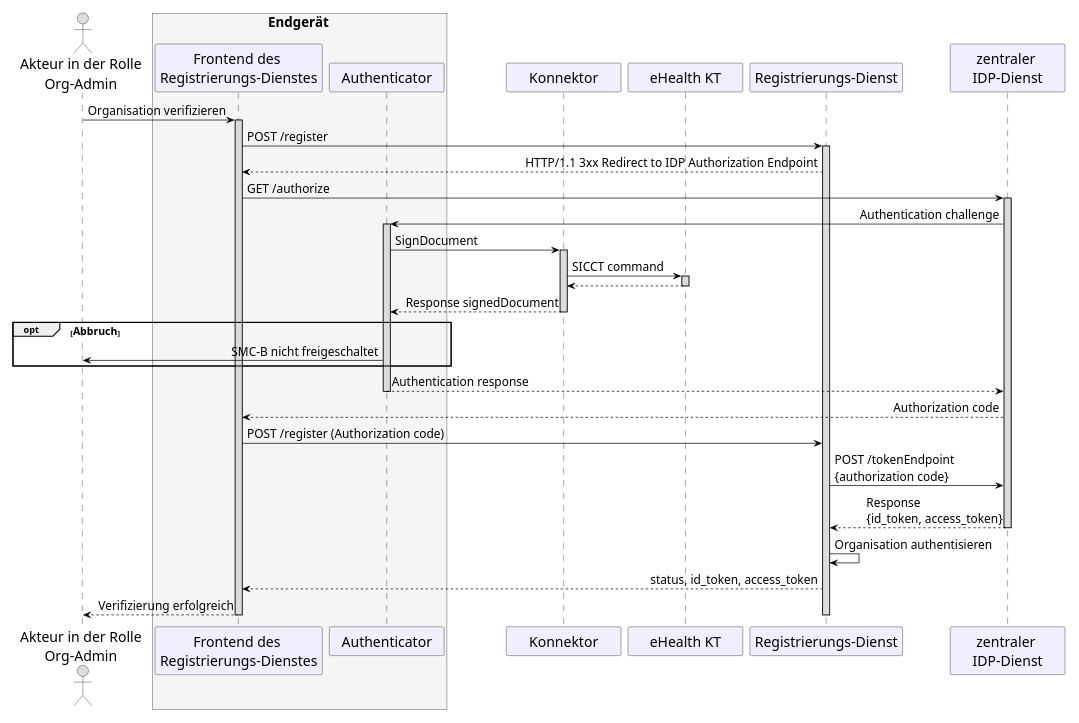
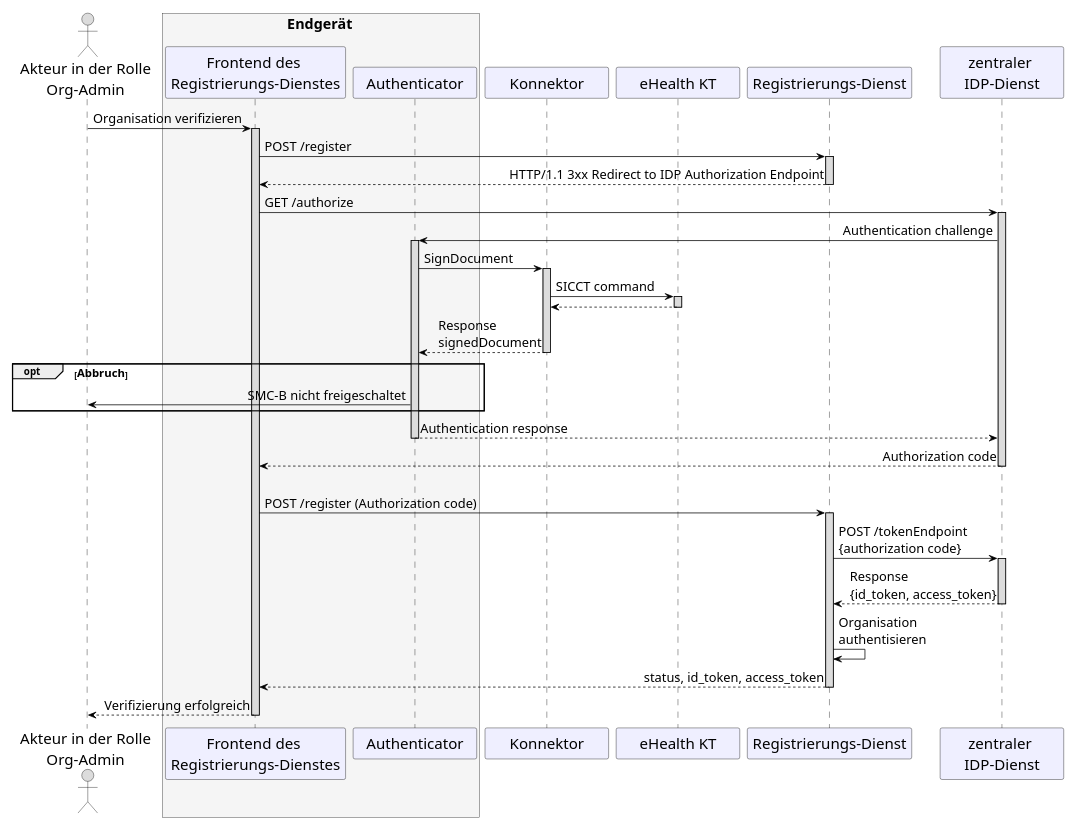
Before and after one commit to gematik/api-ti-messenger: the diagram in src/plantuml/TI-Messenger-Dienst/Ressourcen/UC_10103_Seq.puml, drawn with PlantUML.

```diff
--- a/src/plantuml/TI-Messenger-Dienst/Ressourcen/UC_10103_Seq.puml
+++ b/src/plantuml/TI-Messenger-Dienst/Ressourcen/UC_10103_Seq.puml
@@ -9,74 +9,79 @@
 @startuml
 skinparam sequenceMessageAlign direction
 skinparam WrapWidth 300
 skinparam minClassWidth 150
 skinparam BoxPadding 1
 scale max 850 width
 
 skinparam sequence {
 ArrowColor black
 ArrowFontSize 17
 ActorBorderColor black
 LifeLineBorderColor black
 LifeLineBackgroundColor Gainsboro
 
 ParticipantBorderColor Motivation
 ParticipantBackgroundColor Motivation
 ParticipantFontName Impact
 ParticipantFontSize 20
 ParticipantFontColor black
 ParticipantBorderColor Black
 ParticipantBackgroundColor MOTIVATION
 
 ActorBackgroundColor Gainsboro
 ActorFontColor black
 ActorFontSize 20
 ActorFontName Aapex
 }
 
-'title "TI-M, Sequenzdiagramm Bestellung eines Messenger-Service"
-actor oa as "Akteur in der Rolle\nOrg-Admin"
-box <size:19>Endgerät</size> #WhiteSmoke
-participant wb as "Frontend des \nRegistrierungs-Dienstes"
-participant au as "Authenticator"
-end box
-participant ko as "Konnektor"
-participant kt as "eHealth KT"
-participant rd as "Registrierungs-Dienst"
-participant ip as "zentraler \nIDP-Dienst"
+  actor oa as "Akteur in der Rolle\nOrg-Admin"
+    box <size:19>Endgerät</size> #WhiteSmoke
+    participant wb as "Frontend des \nRegistrierungs-Dienstes"
+    participant au as "Authenticator"
+    end box
+  participant ko as "Konnektor"
+  participant kt as "eHealth KT"
+  participant rd as "Registrierungs-Dienst"
+  participant ip as "zentraler \nIDP-Dienst"
 
-oa -> wb: Organisation verifizieren
-activate wb
-wb -> rd:POST /register 
-activate rd
-rd --> wb: HTTP/1.1 3xx Redirect to IDP Authorization Endpoint
-wb -> ip: GET /authorize
-activate ip
-ip -> au: Authentication challenge
-'wb -> au: Authentication
-activate au
-au -> ko: SignDocument
-activate ko
-ko -> kt: SICCT command
-activate kt
-kt --> ko
-deactivate kt
-ko --> au: Response signedDocument
-deactivate ko
+  oa -> wb: Organisation verifizieren
+    activate wb
+  wb -> rd:POST /register 
+    activate rd
+  rd --> wb: HTTP/1.1 3xx Redirect to IDP Authorization Endpoint
+    deactivate rd
+  wb -> ip: GET /authorize
+    activate ip
+  ip -> au: Authentication challenge
+    activate au
+  au -> ko: SignDocument
+    activate ko
+  ko -> kt: SICCT command
+    activate kt
+  kt --> ko
+    deactivate kt
+  ko --> au: Response \nsignedDocument
+    deactivate ko
+
 opt <size:15>Abbruch</size>
-au -> oa: SMC-B nicht freigeschaltet
+  au -> oa: SMC-B nicht freigeschaltet
 end
-'au -->wb: Authentication response
-au -->ip: Authentication response
-deactivate au
-ip --> wb: Authorization code
-wb -> rd: POST /register (Authorization code)
-rd -> ip: POST /tokenEndpoint\n{authorization code}
-ip --> rd: Response\n{id_token, access_token}
-deactivate ip
-rd -> rd: Organisation authentisieren
-rd --> wb: status, id_token, access_token
-wb --> oa: Verifizierung erfolgreich
-deactivate rd
-deactivate wb
+
+  au -->ip: Authentication response
+    deactivate au
+  ip --> wb: Authorization code
+    deactivate ip
+|||
+  wb -> rd: POST /register (Authorization code)
+    activate rd
+  rd -> ip: POST /tokenEndpoint\n{authorization code}
+    activate ip
+  ip --> rd: Response\n{id_token, access_token}
+    deactivate ip
+  rd -> rd: Organisation \nauthentisieren
+  rd --> wb: status, id_token, access_token
+    deactivate rd
+  wb --> oa: Verifizierung erfolgreich
+    deactivate wb
+    
 @enduml
```
